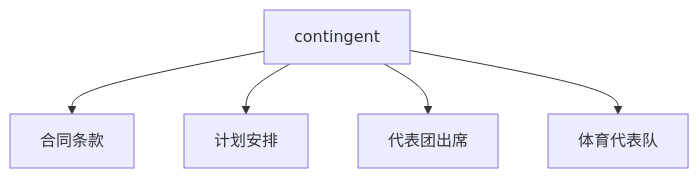
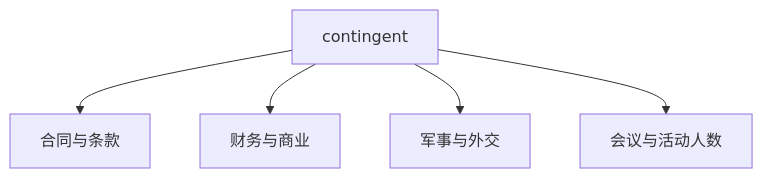
One commit to seki999/DialogueFlow changed the third of 5 diagrams in slides_backup/托业单词/20260630/10.md. Above: the diagram before and after it, drawn with Mermaid. The commit also changed other lines of this file and 28 other files, not shown here.

````diff
--- a/slides_backup/托业单词/20260630/10.md
+++ b/slides_backup/托业单词/20260630/10.md
@@ -50,7 +53,7 @@
 ```mermaid
 flowchart TD
-    A[contingent] --> B[合同条款]
-    A --> C[计划安排]
-    A --> D[代表团出席]
-    A --> E[体育代表队]
+    A[contingent] --> B[合同与条款]
+    A --> C[财务与商业]
+    A --> D[军事与外交]
+    A --> E[会议与活动人数]
 ```
````
